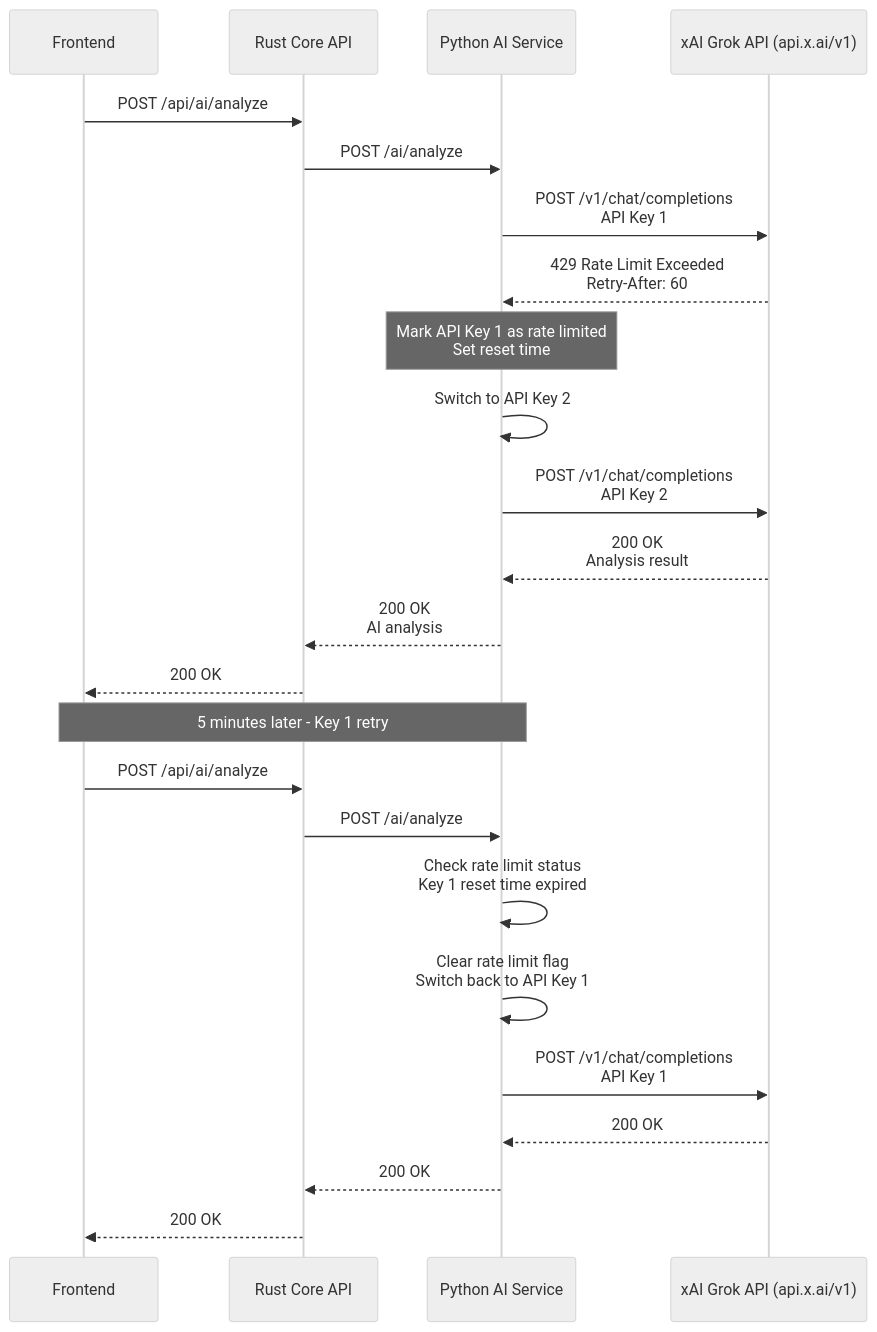
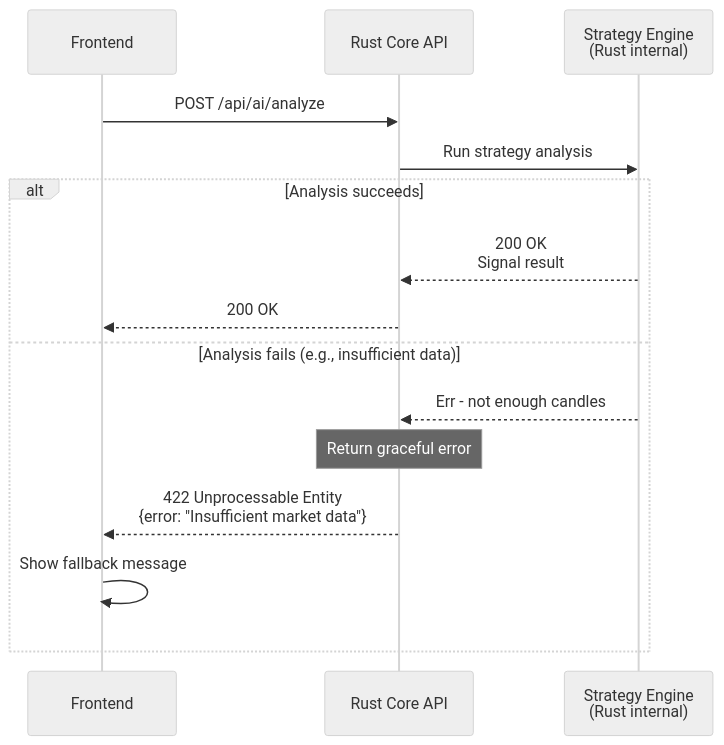
Before and after one commit to magic-ai-trading-bot/bot-core: diagram 12 of 14 in specifications/02-design/2.3-api/API-SEQUENCES.mermaid, drawn with Mermaid (neutral theme). The commit also changed other lines of this file and 92 other files, not shown here.

First line of the commit message:
chore: complete Python AI service cleanup across entire codebase

````diff
--- a/specifications/02-design/2.3-api/API-SEQUENCES.mermaid
+++ b/specifications/02-design/2.3-api/API-SEQUENCES.mermaid
@@ -507,45 +487,22 @@
 ```mermaid
 sequenceDiagram
     participant Frontend as Frontend
     participant RustAPI as Rust Core API
-    participant PythonAI as Python AI Service
-    participant GrokAI as xAI Grok API (api.x.ai/v1)
+    participant StrategyEngine as Strategy Engine<br/>(Rust internal)
 
     Frontend->>RustAPI: POST /api/ai/analyze
 
-    RustAPI->>PythonAI: POST /ai/analyze
+    RustAPI->>StrategyEngine: Run strategy analysis
 
-    PythonAI->>GrokAI: POST /v1/chat/completions<br/>API Key 1
+    alt Analysis succeeds
+        StrategyEngine-->>RustAPI: 200 OK<br/>Signal result
+        RustAPI-->>Frontend: 200 OK
+    else Analysis fails (e.g., insufficient data)
+        StrategyEngine-->>RustAPI: Err - not enough candles
 
-    GrokAI-->>PythonAI: 429 Rate Limit Exceeded<br/>Retry-After: 60
+        Note over RustAPI: Return graceful error
 
-    Note over PythonAI: Mark API Key 1 as rate limited<br/>Set reset time
-
-    PythonAI->>PythonAI: Switch to API Key 2
-
-    PythonAI->>GrokAI: POST /v1/chat/completions<br/>API Key 2
-
-    GrokAI-->>PythonAI: 200 OK<br/>Analysis result
-
-    PythonAI-->>RustAPI: 200 OK<br/>AI analysis
-
-    RustAPI-->>Frontend: 200 OK
-
-    Note over Frontend,PythonAI: 5 minutes later - Key 1 retry
-
-    Frontend->>RustAPI: POST /api/ai/analyze
-
-    RustAPI->>PythonAI: POST /ai/analyze
-
-    PythonAI->>PythonAI: Check rate limit status<br/>Key 1 reset time expired
-
-    PythonAI->>PythonAI: Clear rate limit flag<br/>Switch back to API Key 1
-
-    PythonAI->>GrokAI: POST /v1/chat/completions<br/>API Key 1
-
-    GrokAI-->>PythonAI: 200 OK
-
-    PythonAI-->>RustAPI: 200 OK
-
-    RustAPI-->>Frontend: 200 OK
+        RustAPI-->>Frontend: 422 Unprocessable Entity<br/>{error: "Insufficient market data"}
+        Frontend->>Frontend: Show fallback message
+    end
 ```
````
